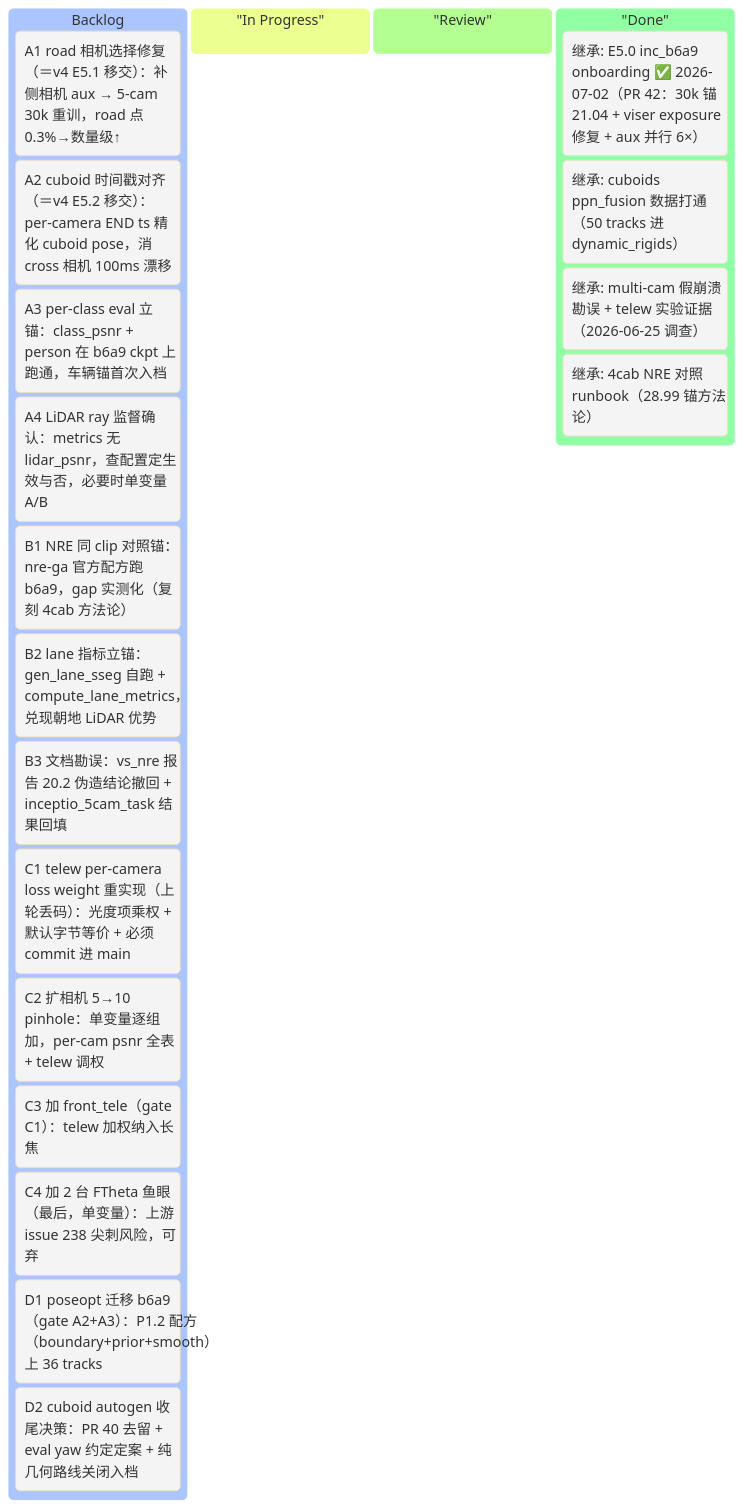
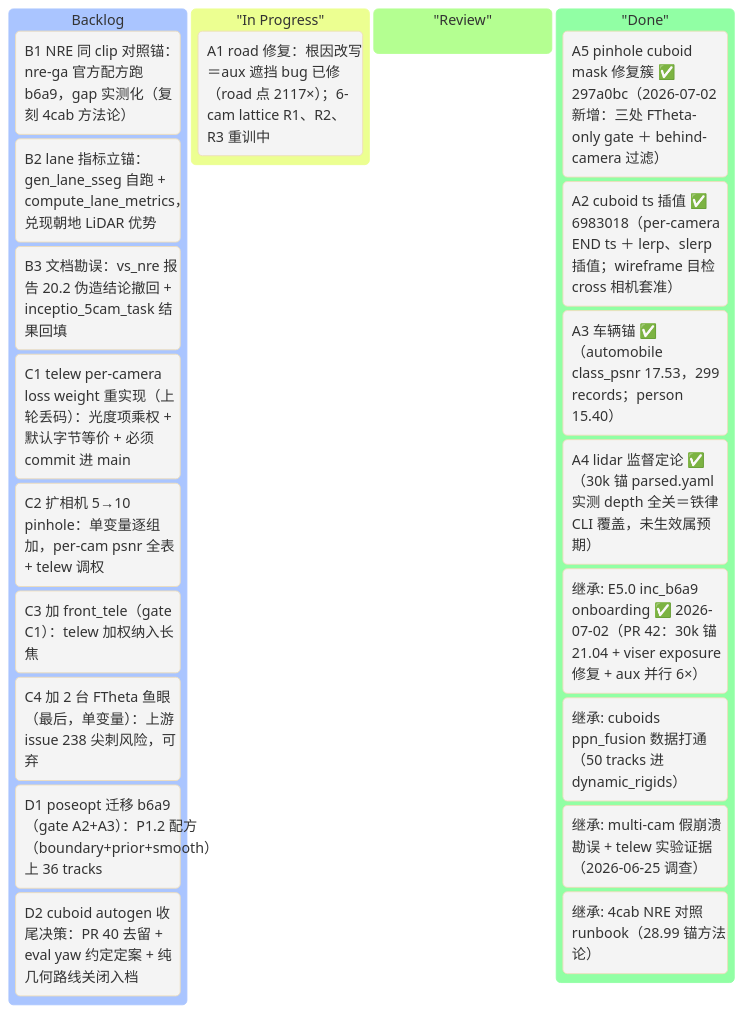
One commit to etendue/3dgrut changed the first of 2 diagrams in v5_plan.md. Above: the diagram before and after it, drawn with Mermaid. The commit also changed other lines of this file and 1 other file, not shown here.

Commit message:
docs(plan): v5 任务A 中期回填 — A2/A3/A4/A5 ✅ + A1 根因改写 + NaN 三案 + R0b 数字 docs(arch): v2_architecture §6.2/§7 登记 v5-A1/A2/A5 模块与不变量

````diff
--- a/v5_plan.md
+++ b/v5_plan.md
@@ -65,28 +65,29 @@
 ```mermaid
 %%{init: {'theme':'base'}}%%
 kanban
     Backlog
-        [A1 road 相机选择修复（＝v4 E5.1 移交）：补侧相机 aux → 5-cam 30k 重训，road 点 0.3%→数量级↑]
-        [A2 cuboid 时间戳对齐（＝v4 E5.2 移交）：per-camera END ts 精化 cuboid pose，消 cross 相机 100ms 漂移]
-        [A3 per-class eval 立锚：class_psnr + person 在 b6a9 ckpt 上跑通，车辆锚首次入档]
-        [A4 LiDAR ray 监督确认：metrics 无 lidar_psnr，查配置定生效与否，必要时单变量 A/B]
         [B1 NRE 同 clip 对照锚：nre-ga 官方配方跑 b6a9，gap 实测化（复刻 4cab 方法论）]
         [B2 lane 指标立锚：gen_lane_sseg 自跑 + compute_lane_metrics，兑现朝地 LiDAR 优势]
         [B3 文档勘误：vs_nre 报告 20.2 伪造结论撤回 + inceptio_5cam_task 结果回填]
         [C1 telew per-camera loss weight 重实现（上轮丢码）：光度项乘权 + 默认字节等价 + 必须 commit 进 main]
         [C2 扩相机 5→10 pinhole：单变量逐组加，per-cam psnr 全表 + telew 调权]
         [C3 加 front_tele（gate C1）：telew 加权纳入长焦]
         [C4 加 2 台 FTheta 鱼眼（最后，单变量）：上游 issue 238 尖刺风险，可弃]
         [D1 poseopt 迁移 b6a9（gate A2+A3）：P1.2 配方（boundary+prior+smooth）上 36 tracks]
         [D2 cuboid autogen 收尾决策：PR 40 去留 + eval yaw 约定定案 + 纯几何路线关闭入档]
 
     "In Progress"
+        [A1 road 修复：根因改写＝aux 遮挡 bug 已修（road 点 2117×）；6-cam lattice R1、R2、R3 重训中]
 
     "Review"
 
     "Done"
+        [A5 pinhole cuboid mask 修复簇 ✅ 297a0bc（2026-07-02 新增：三处 FTheta-only gate ＋ behind-camera 过滤）]
+        [A2 cuboid ts 插值 ✅ 6983018（per-camera END ts ＋ lerp、slerp 插值；wireframe 目检 cross 相机套准）]
+        [A3 车辆锚 ✅（automobile class_psnr 17.53，299 records；person 15.40）]
+        [A4 lidar 监督定论 ✅（30k 锚 parsed.yaml 实测 depth 全关＝铁律 CLI 覆盖，未生效属预期）]
         [继承: E5.0 inc_b6a9 onboarding ✅ 2026-07-02（PR 42：30k 锚 21.04 + viser exposure 修复 + aux 并行 6×）]
         [继承: cuboids ppn_fusion 数据打通（50 tracks 进 dynamic_rigids）]
         [继承: multi-cam 假崩溃勘误 + telew 实验证据（2026-06-25 调查）]
         [继承: 4cab NRE 对照 runbook（28.99 锚方法论）]
 ```
````
